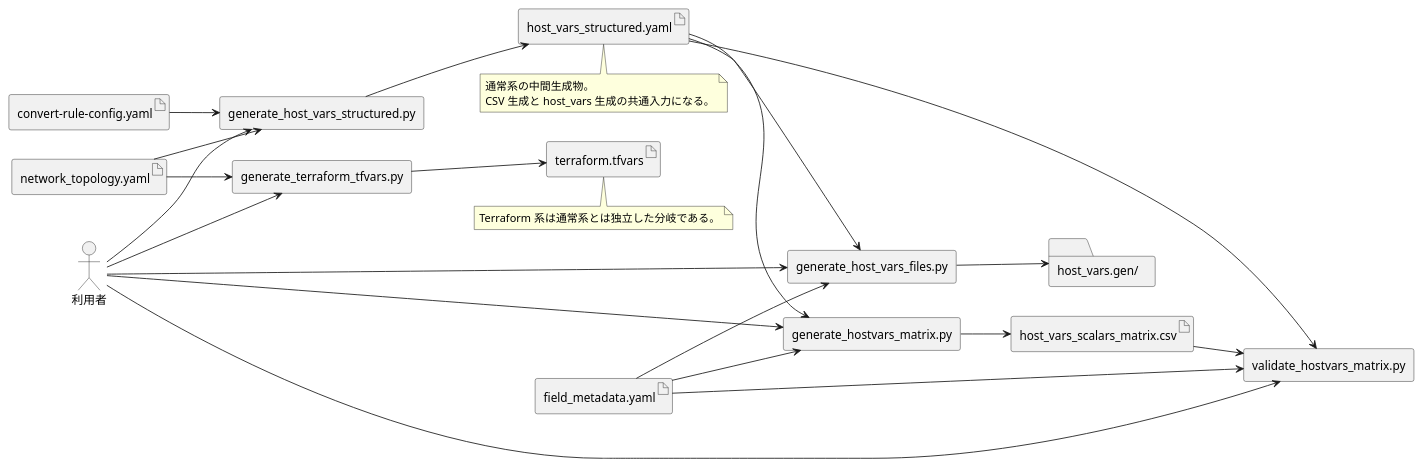
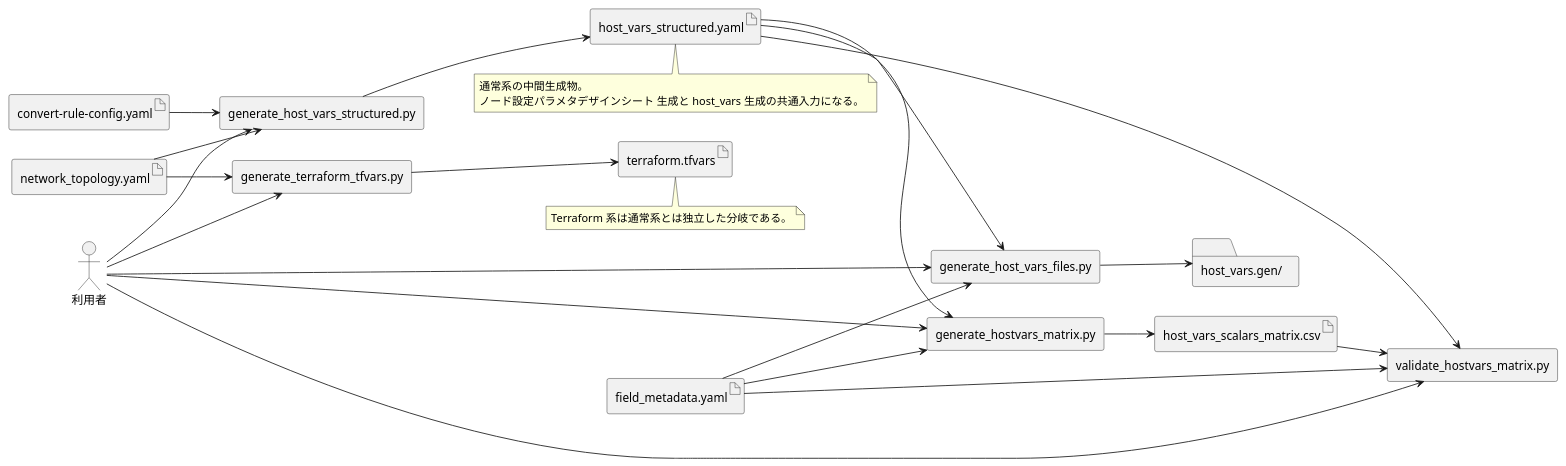
The first of 7 diagrams in design/prototype/program-structure-draft.md (takeharukato/ansibleConfigGenerator), drawn with PlantUML before and after one commit. The commit also changed other lines of this file and 21 other files, not shown here.

````diff
--- a/design/prototype/program-structure-draft.md
+++ b/design/prototype/program-structure-draft.md
@@ -151,61 +151,61 @@
 ```plantuml
 @startuml
 left to right direction
 skinparam shadowing false
 skinparam componentStyle rectangle
 
 actor "利用者" as user
 
 artifact "network_topology.yaml" as topology
 artifact "convert-rule-config.yaml" as rule_config
 artifact "field_metadata.yaml" as metadata
 
 component "generate_host_vars_structured.py" as gen_structured
 artifact "host_vars_structured.yaml" as structured
 
 component "generate_hostvars_matrix.py" as gen_matrix
 artifact "host_vars_scalars_matrix.csv" as matrix
 
 component "validate_hostvars_matrix.py" as validate_matrix
 
 component "generate_host_vars_files.py" as gen_files
 folder "host_vars.gen/" as hostvars_dir
 
 component "generate_terraform_tfvars.py" as gen_tfvars
 artifact "terraform.tfvars" as tfvars
 
 user --> gen_structured
 user --> gen_matrix
 user --> validate_matrix
 user --> gen_files
 user --> gen_tfvars
 
 topology --> gen_structured
 rule_config --> gen_structured
 gen_structured --> structured
 
 structured --> gen_matrix
 metadata --> gen_matrix
 gen_matrix --> matrix
 
 matrix --> validate_matrix
 metadata --> validate_matrix
 structured --> validate_matrix
 
 structured --> gen_files
 metadata --> gen_files
 gen_files --> hostvars_dir
 
 topology --> gen_tfvars
 gen_tfvars --> tfvars
 
 note bottom of structured
 通常系の中間生成物。
-CSV 生成と host_vars 生成の共通入力になる。
+ノード設定パラメタデザインシート 生成と host_vars 生成の共通入力になる。
 end note
 
 note bottom of tfvars
 Terraform 系は通常系とは独立した分岐である。
 end note
 @enduml
 ```
````
